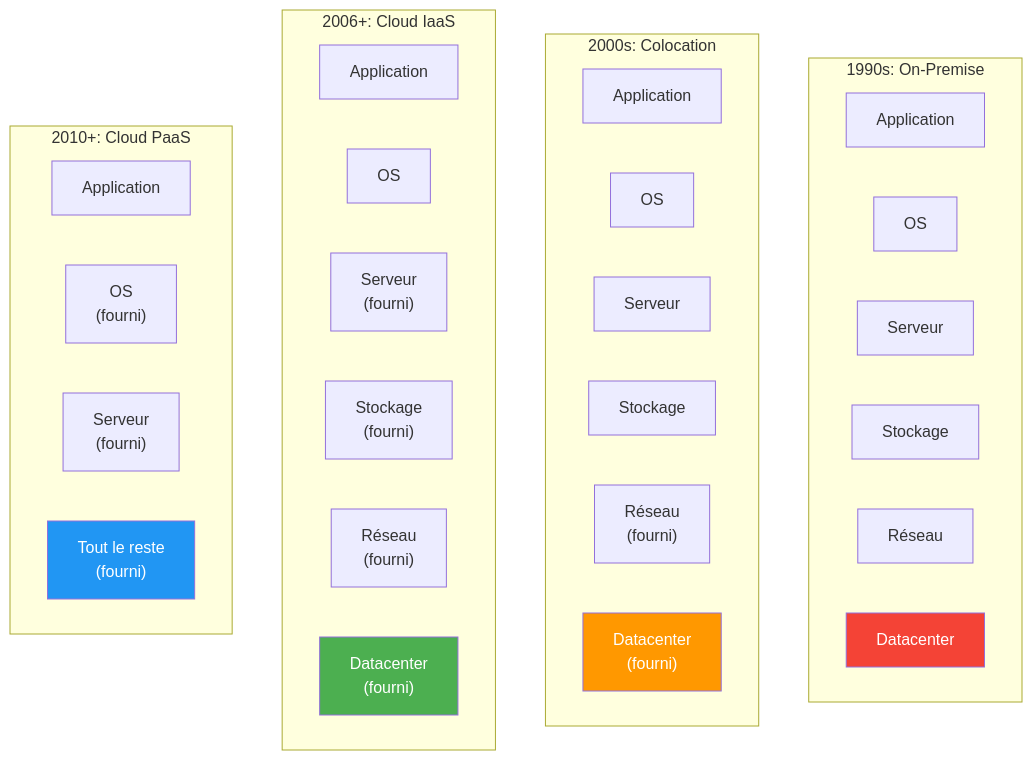
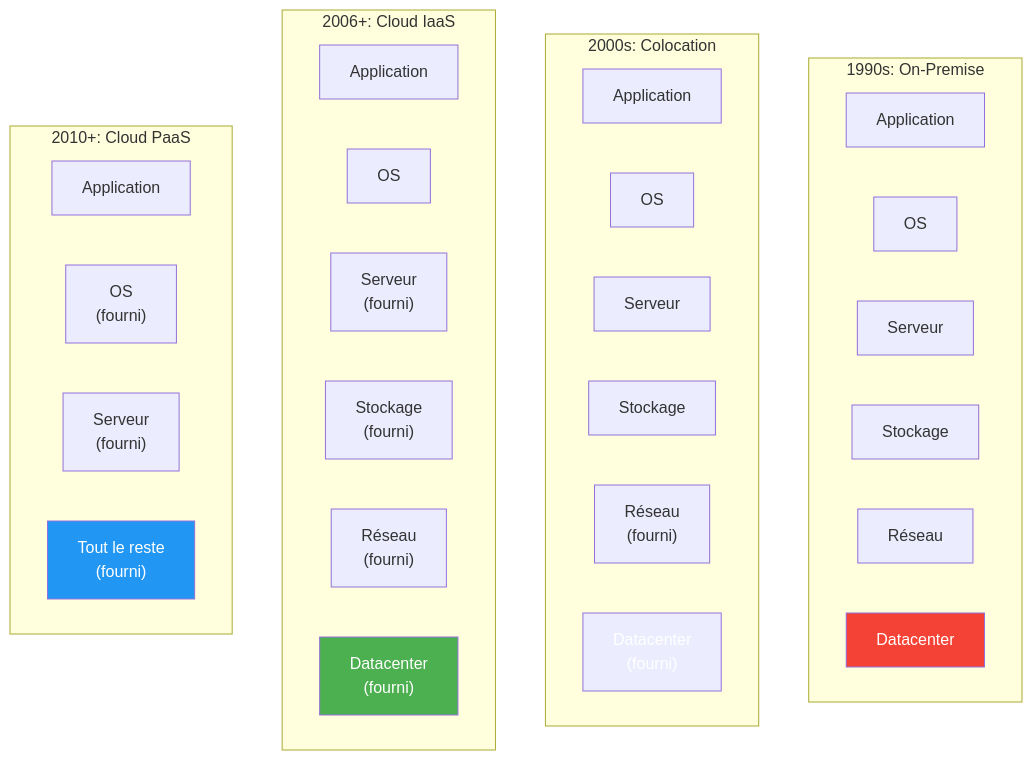
One commit to VBlackJack/ShellBook changed the fifth of 9 diagrams in docs/formations/cloud-fundamentals/01-module.md. Above: the diagram before and after it, drawn with Mermaid. The commit also changed other lines of this file and 337 other files, not shown here.

First line of the commit message:
refactor(docs): Standardize code blocks and Mermaid colors

````diff
--- a/docs/formations/cloud-fundamentals/01-module.md
+++ b/docs/formations/cloud-fundamentals/01-module.md
@@ -153,41 +153,41 @@
 ```mermaid
 graph TB
     subgraph "1990s: On-Premise"
         OP_APP["Application"]
         OP_OS["OS"]
         OP_SERVER["Serveur"]
         OP_STORAGE["Stockage"]
         OP_NETWORK["Réseau"]
         OP_DC["Datacenter"]
     end
 
     subgraph "2000s: Colocation"
         COLO_APP["Application"]
         COLO_OS["OS"]
         COLO_SERVER["Serveur"]
         COLO_STORAGE["Stockage"]
         COLO_NETWORK["Réseau<br/>(fourni)"]
         COLO_DC["Datacenter<br/>(fourni)"]
     end
 
     subgraph "2006+: Cloud IaaS"
         IAAS_APP["Application"]
         IAAS_OS["OS"]
         IAAS_SERVER["Serveur<br/>(fourni)"]
         IAAS_STORAGE["Stockage<br/>(fourni)"]
         IAAS_NETWORK["Réseau<br/>(fourni)"]
         IAAS_DC["Datacenter<br/>(fourni)"]
     end
 
     subgraph "2010+: Cloud PaaS"
         PAAS_APP["Application"]
         PAAS_OS["OS<br/>(fourni)"]
         PAAS_SERVER["Serveur<br/>(fourni)"]
         PAAS_ALL["Tout le reste<br/>(fourni)"]
     end
 
     style OP_DC fill:#f44336,color:#fff
-    style COLO_DC fill:#ff9800,color:#fff
+    style COLO_DC fill:#FF9800800800,color:#fff
     style IAAS_DC fill:#4caf50,color:#fff
     style PAAS_ALL fill:#2196f3,color:#fff
 ```
````
